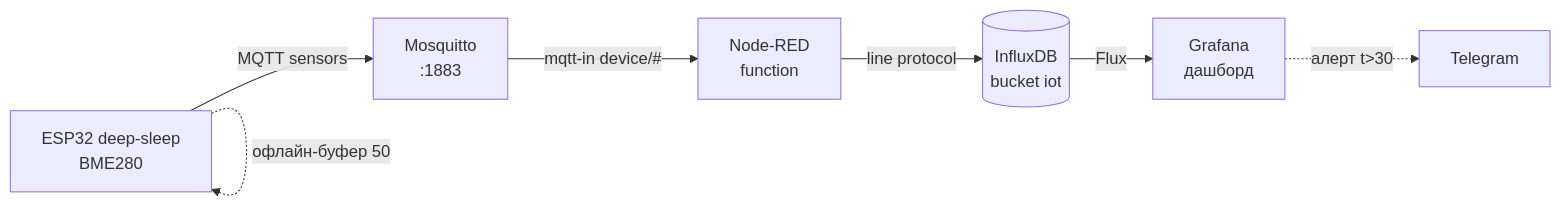
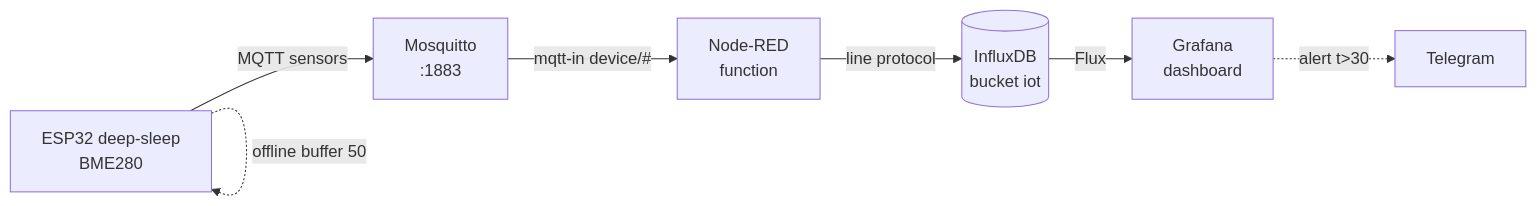
One commit to ksalab/embedded-reference changed the diagram in obsidian_vault/ESP32-Reference/EN/15-Protocols/05-Cloud-Pipeline.en.md. Above: the diagram before and after it, drawn with Mermaid. The commit also changed other lines of this file and 76 other files, not shown here.

````diff
--- a/obsidian_vault/ESP32-Reference/EN/15-Protocols/05-Cloud-Pipeline.en.md
+++ b/obsidian_vault/ESP32-Reference/EN/15-Protocols/05-Cloud-Pipeline.en.md
@@ -75,9 +74,9 @@
 ```mermaid
 graph LR
     ESP[ESP32 deep-sleep<br/>BME280] -->|MQTT sensors| MQ[Mosquitto<br/>:1883]
     MQ -->|mqtt-in device/#| NR[Node-RED<br/>function]
     NR -->|line protocol| DB[(InfluxDB<br/>bucket iot)]
-    DB -->|Flux| GF[Grafana<br/>дашборд]
-    ESP -.->|офлайн-буфер 50| ESP
-    GF -.->|алерт t>30| TG[Telegram]
+    DB -->|Flux| GF[Grafana<br/>dashboard]
+    ESP -.->|offline buffer 50| ESP
+    GF -.->|alert t>30| TG[Telegram]
 ```
````
